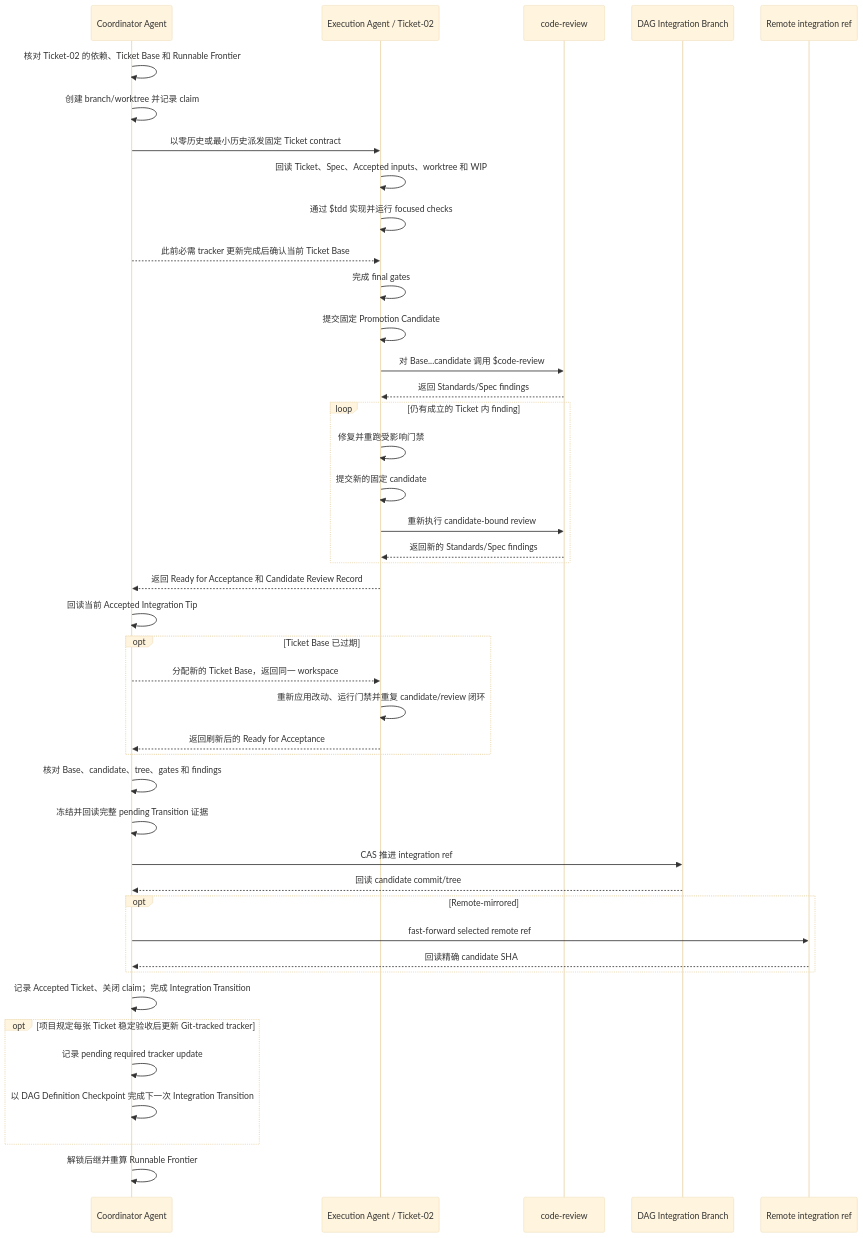
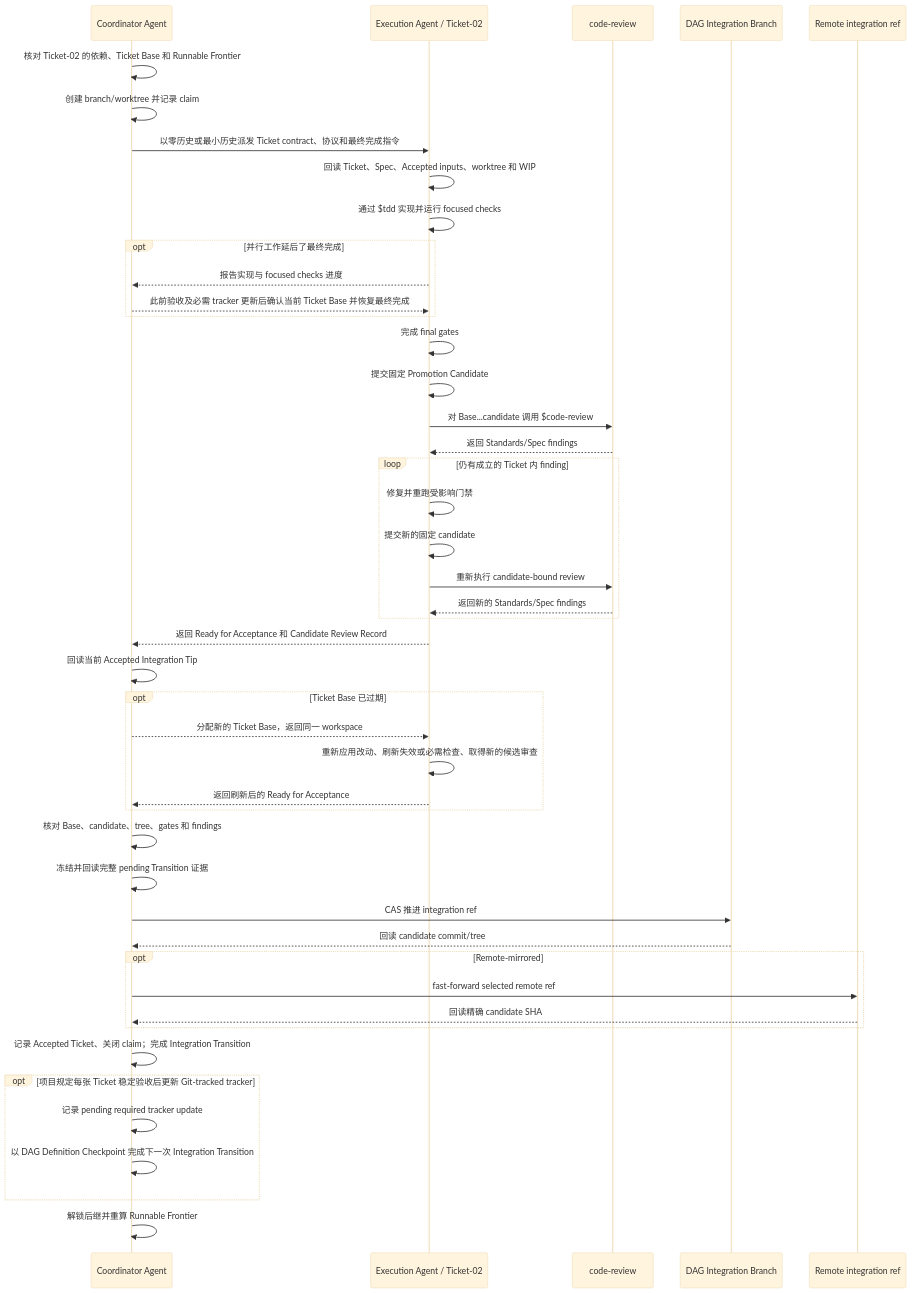
The diagram in README_ZH.md (RedHeartSecretMan/dag-skill), drawn with Mermaid (base theme) before and after one commit. The commit also changed other lines of this file and 17 other files, not shown here.

````diff
--- a/README_ZH.md
+++ b/README_ZH.md
@@ -60,55 +59,58 @@
 ```mermaid
 sequenceDiagram
     participant C as Coordinator Agent
     participant E as Execution Agent / Ticket-02
     participant R as code-review
     participant I as DAG Integration Branch
     participant M as Remote integration ref
 
     C->>C: 核对 Ticket-02 的依赖、Ticket Base 和 Runnable Frontier
     C->>C: 创建 branch/worktree 并记录 claim
-    C->>E: 以零历史或最小历史派发固定 Ticket contract
+    C->>E: 以零历史或最小历史派发 Ticket contract、协议和最终完成指令
 
     E->>E: 回读 Ticket、Spec、Accepted inputs、worktree 和 WIP
     E->>E: 通过 $tdd 实现并运行 focused checks
-    C-->>E: 此前必需 tracker 更新完成后确认当前 Ticket Base
+    opt 并行工作延后了最终完成
+        E-->>C: 报告实现与 focused checks 进度
+        C-->>E: 此前验收及必需 tracker 更新后确认当前 Ticket Base 并恢复最终完成
+    end
     E->>E: 完成 final gates
     E->>E: 提交固定 Promotion Candidate
     E->>R: 对 Base...candidate 调用 $code-review
     R-->>E: 返回 Standards/Spec findings
 
     loop 仍有成立的 Ticket 内 finding
         E->>E: 修复并重跑受影响门禁
         E->>E: 提交新的固定 candidate
         E->>R: 重新执行 candidate-bound review
         R-->>E: 返回新的 Standards/Spec findings
     end
 
     E-->>C: 返回 Ready for Acceptance 和 Candidate Review Record
     C->>C: 回读当前 Accepted Integration Tip
 
     opt Ticket Base 已过期
         C-->>E: 分配新的 Ticket Base，返回同一 workspace
-        E->>E: 重新应用改动、运行门禁并重复 candidate/review 闭环
+        E->>E: 重新应用改动、刷新失效或必需检查、取得新的候选审查
         E-->>C: 返回刷新后的 Ready for Acceptance
     end
 
     C->>C: 核对 Base、candidate、tree、gates 和 findings
     C->>C: 冻结并回读完整 pending Transition 证据
     C->>I: CAS 推进 integration ref
     I-->>C: 回读 candidate commit/tree
 
     opt Remote-mirrored
         C->>M: fast-forward selected remote ref
         M-->>C: 回读精确 candidate SHA
     end
 
     C->>C: 记录 Accepted Ticket、关闭 claim；完成 Integration Transition
 
     opt 项目规定每张 Ticket 稳定验收后更新 Git-tracked tracker
         C->>C: 记录 pending required tracker update
         C->>C: 以 DAG Definition Checkpoint 完成下一次 Integration Transition
     end
 
     C->>C: 解锁后继并重算 Runnable Frontier
 ```
````
